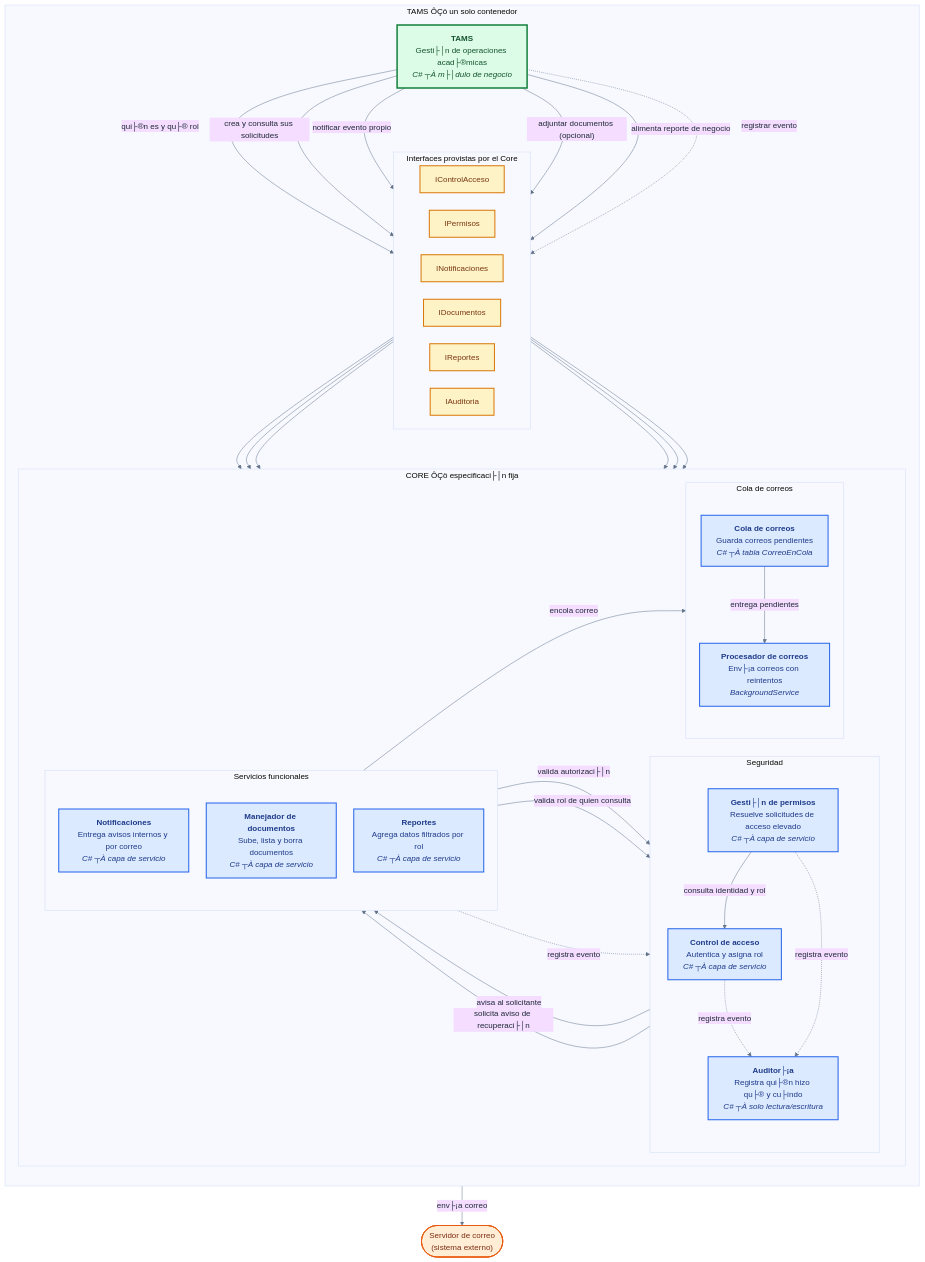
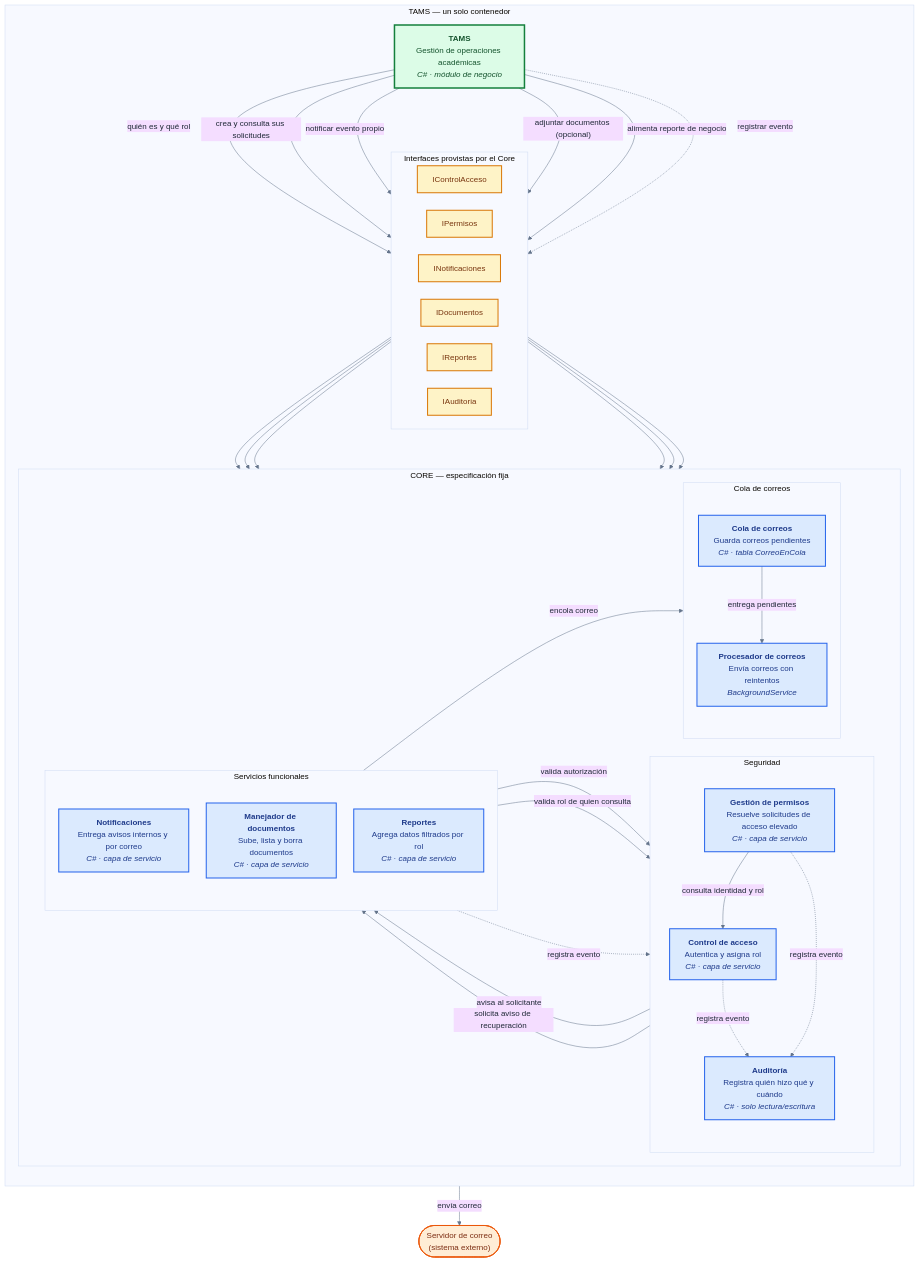
Before and after one commit to soleyniesandovals-rgb/TAMS: the diagram in README.md, drawn with Mermaid. The commit also changed other lines of this file, not shown here.

Commit message:
Corrige README truncado y con problemas de codificacion

```diff
--- a/README.md
+++ b/README.md
@@ -219,10 +220,10 @@
 
 flowchart TB
 
-    subgraph APP["TAMS ÔÇö un solo contenedor"]
+    subgraph APP["TAMS — un solo contenedor"]
         direction TB
 
-        TAMSAPP["<b>TAMS</b><br/>Gesti├│n de operaciones acad├®micas<br/><i>C# ┬À m├│dulo de negocio</i>"]
+        TAMSAPP["<b>TAMS</b><br/>Gestión de operaciones académicas<br/><i>C# · módulo de negocio</i>"]
 
         subgraph INTERFACES["Interfaces provistas por el Core"]
             direction LR
@@ -234,27 +235,27 @@
             IAUD["IAuditoria"]
         end
 
-        subgraph CORE["CORE ÔÇö especificaci├│n fija"]
+        subgraph CORE["CORE — especificación fija"]
             direction LR
 
             subgraph SEGURIDAD["Seguridad"]
                 direction TB
-                ACC["<b>Control de acceso</b><br/>Autentica y asigna rol<br/><i>C# ┬À capa de servicio</i>"]
-                PERM["<b>Gesti├│n de permisos</b><br/>Resuelve solicitudes de acceso elevado<br/><i>C# ┬À capa de servicio</i>"]
-                AUD["<b>Auditor├¡a</b><br/>Registra qui├®n hizo qu├® y cu├índo<br/><i>C# ┬À solo lectura/escritura</i>"]
+                ACC["<b>Control de acceso</b><br/>Autentica y asigna rol<br/><i>C# · capa de servicio</i>"]
+                PERM["<b>Gestión de permisos</b><br/>Resuelve solicitudes de acceso elevado<br/><i>C# · capa de servicio</i>"]
+                AUD["<b>Auditoría</b><br/>Registra quién hizo qué y cuándo<br/><i>C# · solo lectura/escritura</i>"]
             end
 
             subgraph SERVICIOS["Servicios funcionales"]
                 direction TB
-                NOTI["<b>Notificaciones</b><br/>Entrega avisos internos y por correo<br/><i>C# ┬À capa de servicio</i>"]
-                DOC["<b>Manejador de documentos</b><br/>Sube, lista y borra documentos<br/><i>C# ┬À capa de servicio</i>"]
-                REPO["<b>Reportes</b><br/>Agrega datos filtrados por rol<br/><i>C# ┬À capa de servicio</i>"]
+                NOTI["<b>Notificaciones</b><br/>Entrega avisos internos y por correo<br/><i>C# · capa de servicio</i>"]
+                DOC["<b>Manejador de documentos</b><br/>Sube, lista y borra documentos<br/><i>C# · capa de servicio</i>"]
+                REPO["<b>Reportes</b><br/>Agrega datos filtrados por rol<br/><i>C# · capa de servicio</i>"]
             end
 
             subgraph CORREO["Cola de correos"]
                 direction TB
-                COLA["<b>Cola de correos</b><br/>Guarda correos pendientes<br/><i>C# ┬À tabla CorreoEnCola</i>"]
-                PROC["<b>Procesador de correos</b><br/>Env├¡a correos con reintentos<br/><i>BackgroundService</i>"]
+                COLA["<b>Cola de correos</b><br/>Guarda correos pendientes<br/><i>C# · tabla CorreoEnCola</i>"]
+                PROC["<b>Procesador de correos</b><br/>Envía correos con reintentos<br/><i>BackgroundService</i>"]
             end
         end
     end
@@ -262,7 +263,7 @@
     MAIL(["Servidor de correo<br/>(sistema externo)"])
 
     %% TAMS -> interfaces
-    TAMSAPP -->|"qui├®n es y qu├® rol"| IACC
+    TAMSAPP -->|"quién es y qué rol"| IACC
     TAMSAPP -->|"crea y consulta sus solicitudes"| IPERM
     TAMSAPP -->|"notificar evento propio"| INOTI
     TAMSAPP -->|"adjuntar documentos (opcional)"| IDOC
@@ -280,9 +281,9 @@
     %% dependencias internas del Core, un solo sentido
     PERM -->|"consulta identidad y rol"| ACC
     PERM -->|"avisa al solicitante"| NOTI
-    DOC -->|"valida autorizaci├│n"| ACC
+    DOC -->|"valida autorización"| ACC
     REPO -->|"valida rol de quien consulta"| ACC
-    ACC -->|"solicita aviso de recuperaci├│n"| NOTI
+    ACC -->|"solicita aviso de recuperación"| NOTI
 
     ACC -.->|"registra evento"| AUD
     PERM -.->|"registra evento"| AUD
@@ -290,7 +291,7 @@
 
     NOTI -->|"encola correo"| COLA
     COLA -->|"entrega pendientes"| PROC
-    PROC -->|"env├¡a correo"| MAIL
+    PROC -->|"envía correo"| MAIL
 
     classDef tams fill:#dcfce7,stroke:#15803d,stroke-width:3px,color:#14532d;
     classDef interface fill:#fef3c7,stroke:#d97706,stroke-width:2px,color:#78350f;
```
